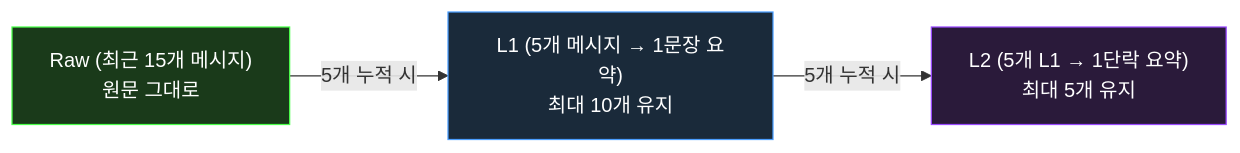
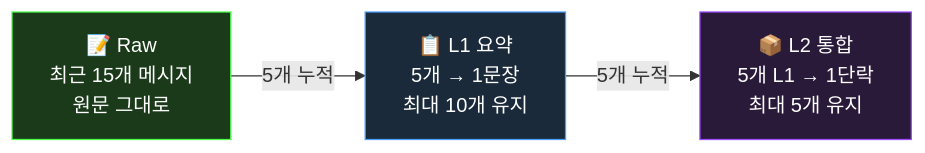
The third of 5 diagrams in README.md (je-empty/Glimi), drawn with Mermaid before and after one commit. The commit also changed other lines of this file, not shown here.

First line of the commit message:
README: complete rewrite with project vision + architecture diagrams

````diff
--- a/README.md
+++ b/README.md
@@ -104,13 +153,13 @@
 ```mermaid
 graph LR
-    Raw["Raw (최근 15개 메시지)<br/>원문 그대로"]
-    L1["L1 (5개 메시지 → 1문장 요약)<br/>최대 10개 유지"]
-    L2["L2 (5개 L1 → 1단락 요약)<br/>최대 5개 유지"]
+    Raw["📝 Raw<br/>최근 15개 메시지<br/>원문 그대로"]
+    L1["📋 L1 요약<br/>5개 → 1문장<br/>최대 10개 유지"]
+    L2["📦 L2 통합<br/>5개 L1 → 1단락<br/>최대 5개 유지"]
 
-    Raw -->|"5개 누적 시"| L1
-    L1 -->|"5개 누적 시"| L2
+    Raw -->|"5개 누적"| L1
+    L1 -->|"5개 누적"| L2
 
     style Raw fill:#1a3a1a,stroke:#4aff4a,color:#fff
     style L1 fill:#1a2a3a,stroke:#4a9eff,color:#fff
     style L2 fill:#2a1a3a,stroke:#9a4aff,color:#fff
 ```
````
